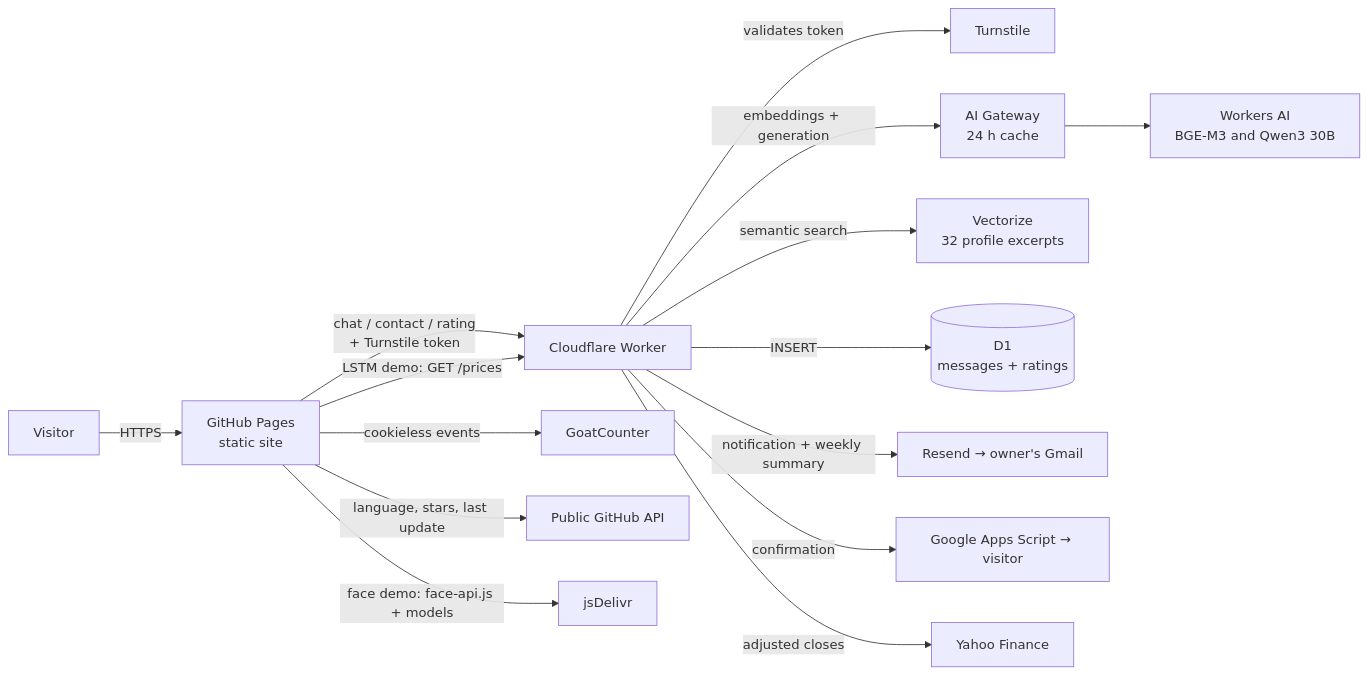
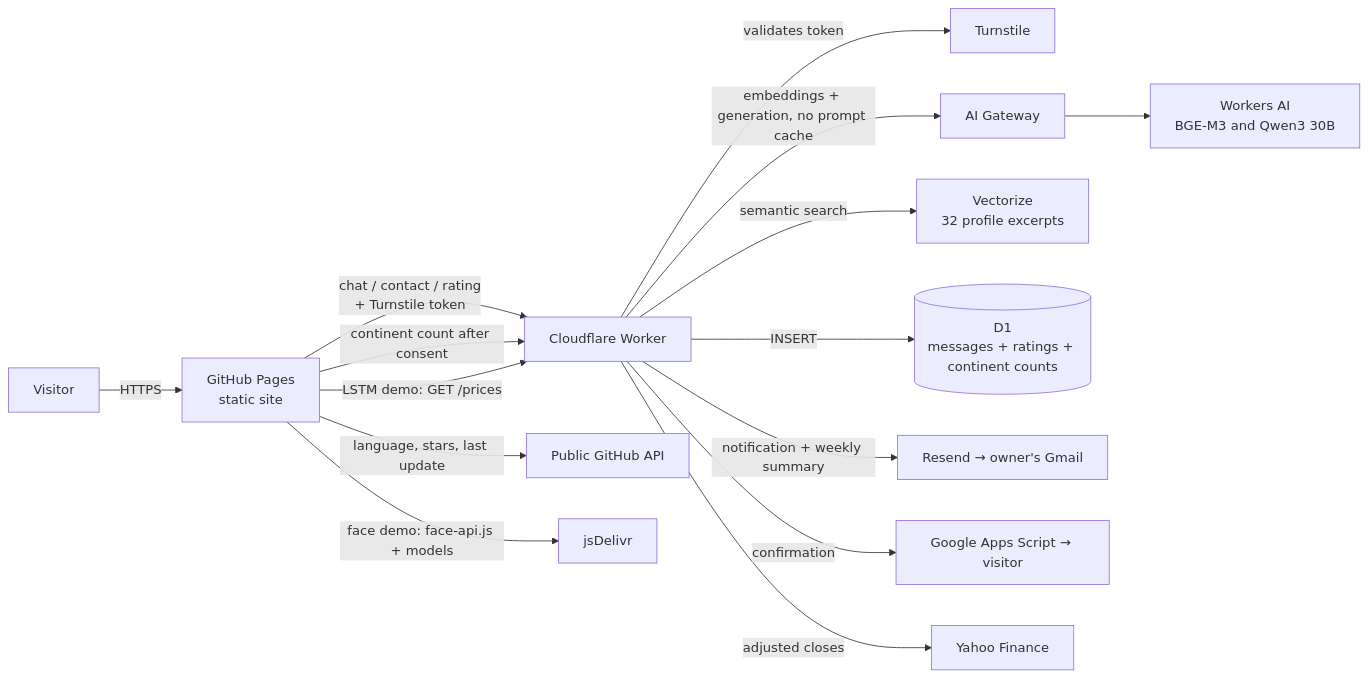
One commit to emanueleborges/emanueleborges.github.io changed the diagram in README.md. Above: the diagram before and after it, drawn with Mermaid. The commit also changed other lines of this file and 41 other files, not shown here.

````diff
--- a/README.md
+++ b/README.md
@@ -63,17 +63,17 @@
 ```mermaid
 flowchart LR
   V[Visitor] -->|HTTPS| GP[GitHub Pages<br/>static site]
   GP -->|chat / contact / rating<br/>+ Turnstile token| W[Cloudflare Worker]
   W -->|validates token| TS[Turnstile]
-  W -->|embeddings + generation| GW[AI Gateway<br/>24 h cache]
+  W -->|embeddings + generation, no prompt cache| GW[AI Gateway]
   GW --> AI[Workers AI<br/>BGE-M3 and Qwen3 30B]
   W -->|semantic search| VZ[Vectorize<br/>32 profile excerpts]
-  W -->|INSERT| D1[(D1<br/>messages + ratings)]
+  W -->|INSERT| D1[(D1<br/>messages + ratings + continent counts)]
   W -->|notification + weekly summary| RS[Resend → owner's Gmail]
   W -->|confirmation| GAS[Google Apps Script → visitor]
-  GP -->|cookieless events| GC[GoatCounter]
+  GP -->|continent count after consent| W
   GP -->|language, stars, last update| GH[Public GitHub API]
   GP -->|LSTM demo: GET /prices| W
   W -->|adjusted closes| YF[Yahoo Finance]
   GP -->|face demo: face-api.js + models| CDN[jsDelivr]
 ```
````
